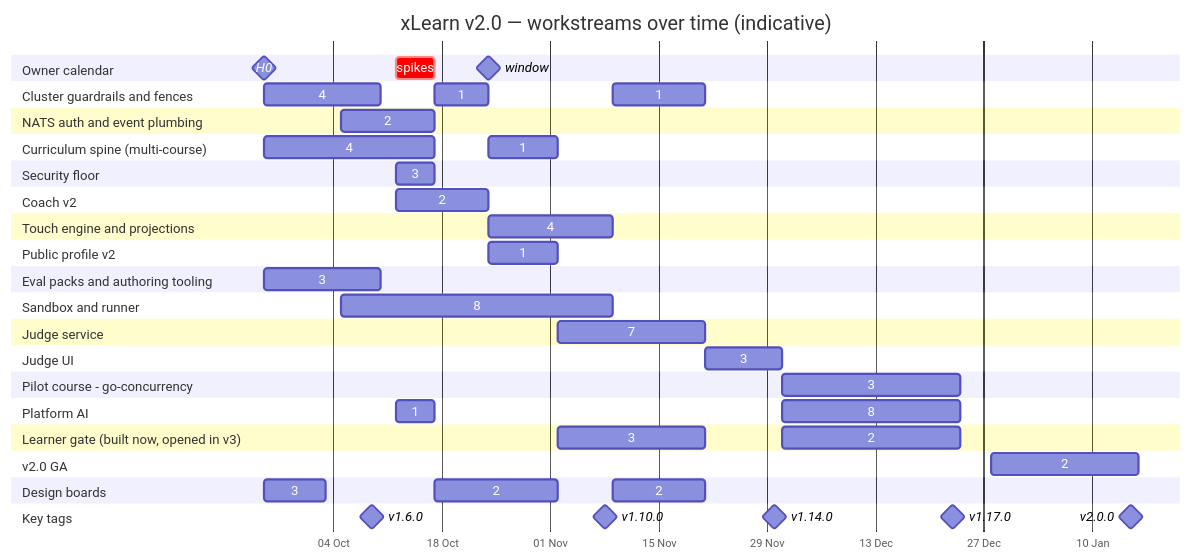
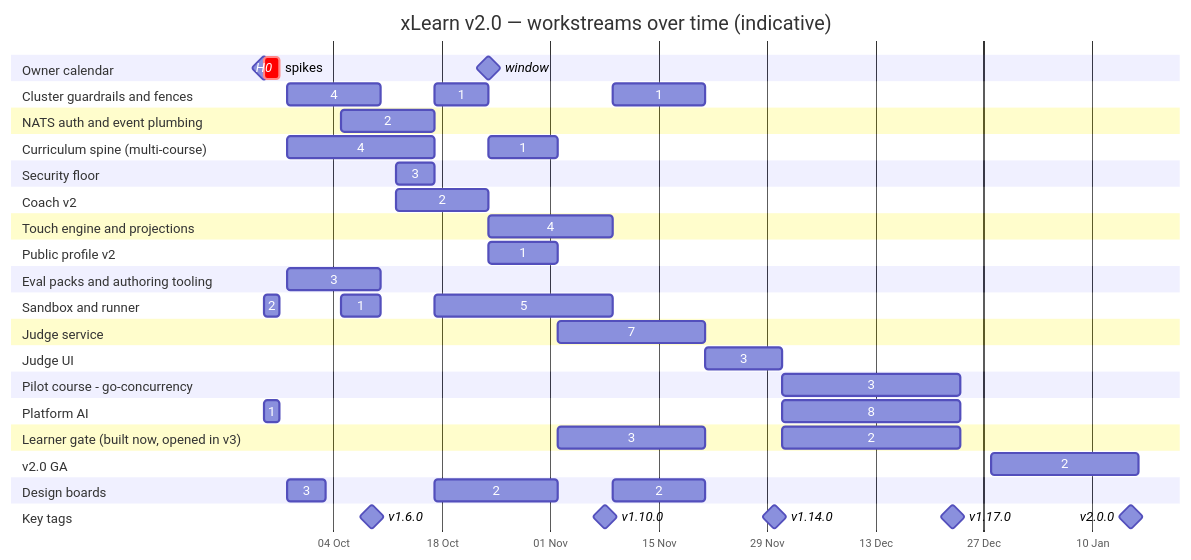
The second of 10 diagrams in docs/v2/execution-order.md (sujaykumarsuman/xlearn), drawn with Mermaid before and after one commit. The commit also changed other lines of this file and 108 other files, not shown here.

````diff
--- a/docs/v2/execution-order.md
+++ b/docs/v2/execution-order.md
@@ -75,64 +77,66 @@
 ```mermaid
 ---
 displayMode: compact
 config:
   gantt:
     leftPadding: 230
     fontSize: 12
     sectionFontSize: 12
 ---
 gantt
     title xLearn v2.0 — workstreams over time (indicative)
     dateFormat YYYY-MM-DD
     axisFormat %d %b
     tickInterval 2week
     section Owner calendar
     H0 :milestone, ev0, 2026-09-25, 0d
-    spikes :crit, ev1, 2026-10-12, 5d
+    spikes :crit, ev1, 2026-09-25, 2d
     window :milestone, ev2, 2026-10-24, 0d
     section Cluster guardrails and fences
-    4 :t1, 2026-09-25, 2026-10-10
+    4 :t1, 2026-09-28, 2026-10-10
     1 :t2, 2026-10-17, 2026-10-24
     1 :t3, 2026-11-09, 2026-11-21
     section NATS auth and event plumbing
     2 :t4, 2026-10-05, 2026-10-17
     section Curriculum spine (multi-course)
-    4 :t5, 2026-09-25, 2026-10-17
+    4 :t5, 2026-09-28, 2026-10-17
     1 :t6, 2026-10-24, 2026-11-02
     section Security floor
     3 :t7, 2026-10-12, 2026-10-17
     section Coach v2
     2 :t8, 2026-10-12, 2026-10-24
     section Touch engine and projections
     4 :t9, 2026-10-24, 2026-11-09
     section Public profile v2
     1 :t10, 2026-10-24, 2026-11-02
     section Eval packs and authoring tooling
-    3 :t11, 2026-09-25, 2026-10-10
+    3 :t11, 2026-09-28, 2026-10-10
     section Sandbox and runner
-    8 :t12, 2026-10-05, 2026-11-09
+    2 :t12, 2026-09-25, 2026-09-27
+    1 :t13, 2026-10-05, 2026-10-10
+    5 :t14, 2026-10-17, 2026-11-09
     section Judge service
-    7 :t13, 2026-11-02, 2026-11-21
+    7 :t15, 2026-11-02, 2026-11-21
     section Judge UI
-    3 :t14, 2026-11-21, 2026-12-01
+    3 :t16, 2026-11-21, 2026-12-01
     section Pilot course - go-concurrency
-    3 :t15, 2026-12-01, 2026-12-24
+    3 :t17, 2026-12-01, 2026-12-24
     section Platform AI
-    1 :t16, 2026-10-12, 2026-10-17
-    8 :t17, 2026-12-01, 2026-12-24
+    1 :t18, 2026-09-25, 2026-09-27
+    8 :t19, 2026-12-01, 2026-12-24
     section Learner gate (built now, opened in v3)
-    3 :t18, 2026-11-02, 2026-11-21
-    2 :t19, 2026-12-01, 2026-12-24
+    3 :t20, 2026-11-02, 2026-11-21
+    2 :t21, 2026-12-01, 2026-12-24
     section v2.0 GA
-    2 :t20, 2026-12-28, 2027-01-16
+    2 :t22, 2026-12-28, 2027-01-16
     section Design boards
-    3 :t21, 2026-09-25, 2026-10-03
-    2 :t22, 2026-10-17, 2026-11-02
-    2 :t23, 2026-11-09, 2026-11-21
+    3 :t23, 2026-09-28, 2026-10-03
+    2 :t24, 2026-10-17, 2026-11-02
+    2 :t25, 2026-11-09, 2026-11-21
     section Key tags
-    v1.6.0 :milestone, t24, 2026-10-09, 0d
-    v1.10.0 :milestone, t25, 2026-11-08, 0d
-    v1.14.0 :milestone, t26, 2026-11-30, 0d
-    v1.17.0 :milestone, t27, 2026-12-23, 0d
-    v2.0.0 :milestone, t28, 2027-01-15, 0d
+    v1.6.0 :milestone, t26, 2026-10-09, 0d
+    v1.10.0 :milestone, t27, 2026-11-08, 0d
+    v1.14.0 :milestone, t28, 2026-11-30, 0d
+    v1.17.0 :milestone, t29, 2026-12-23, 0d
+    v2.0.0 :milestone, t30, 2027-01-15, 0d
 ```
````
